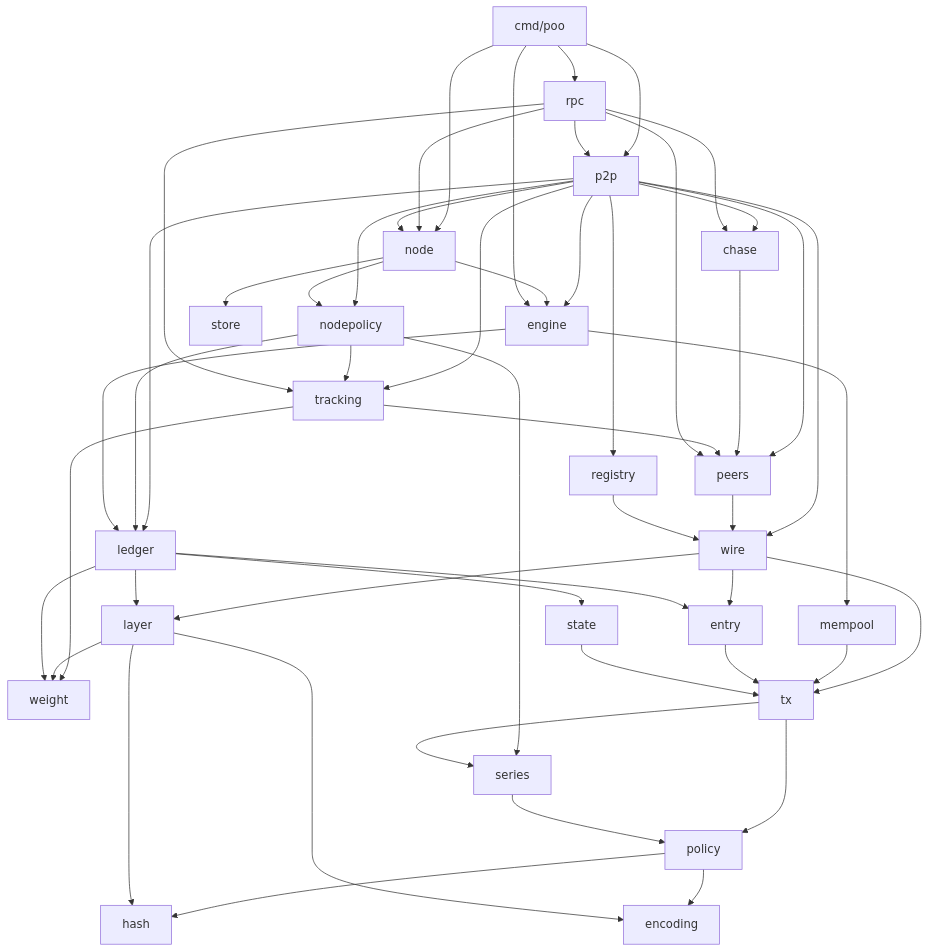
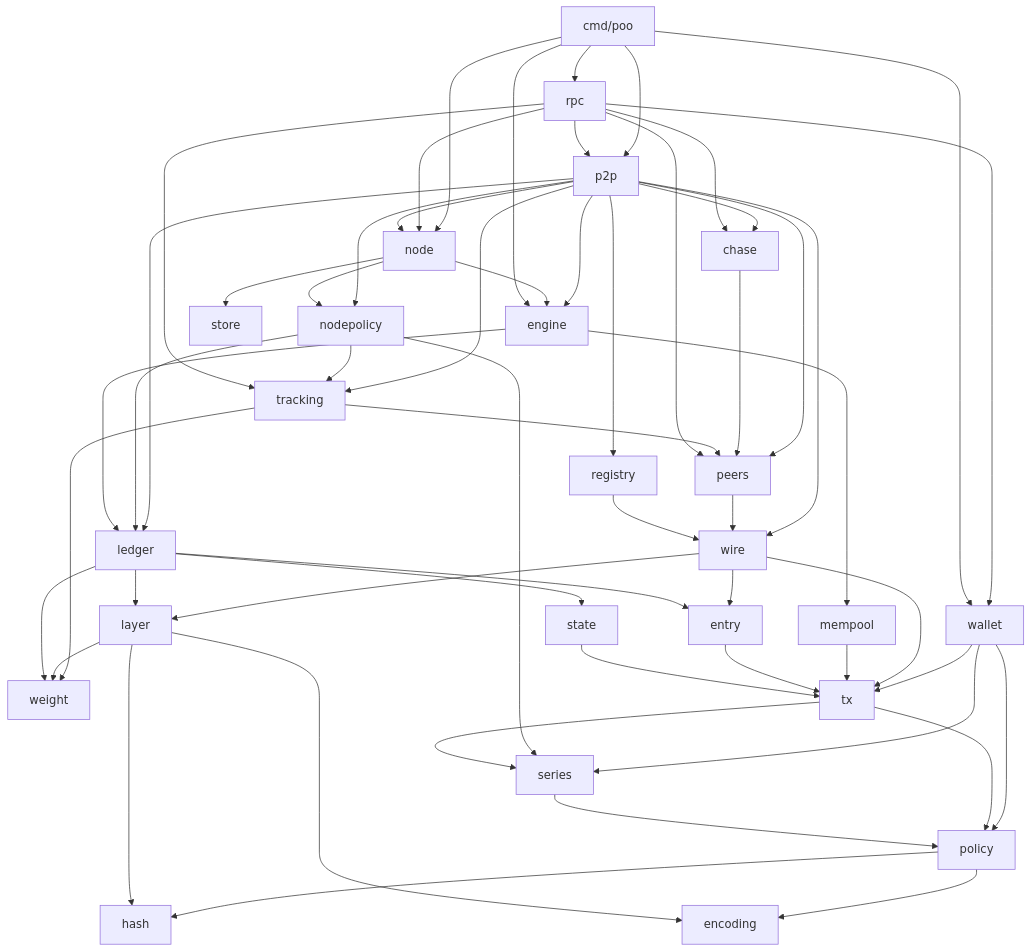
The first of 2 diagrams in docs/architecture.md (JogginTheNoggin/crypto-mint-net), drawn with Mermaid before and after one commit. The commit also changed other lines of this file and 13 other files, not shown here.

````diff
--- a/docs/architecture.md
+++ b/docs/architecture.md
@@ -25,52 +27,57 @@
 ```mermaid
 graph TD
   cmd[cmd/poo] --> rpc
   cmd --> node
   cmd --> p2p
   rpc --> node
   rpc --> p2p
   p2p --> node
   p2p --> wire
   p2p --> engine
   p2p --> ledger
   p2p --> nodepolicy
   p2p --> peers
   p2p --> registry
   p2p --> tracking
   p2p --> chase
   chase --> peers
   tracking --> peers
   tracking --> weight
   nodepolicy --> tracking
   rpc --> tracking
   rpc --> chase
   peers --> wire
   registry --> wire
   rpc --> peers
+  rpc --> wallet
+  cmd --> wallet
+  wallet --> policy
+  wallet --> tx
+  wallet --> series
   wire --> entry
   wire --> layer
   wire --> tx
   node --> engine
   node --> store
   node --> nodepolicy
   nodepolicy --> ledger
   nodepolicy --> series
   cmd --> engine
   engine --> ledger
   engine --> mempool
   ledger --> entry
   ledger --> layer
   ledger --> state
   mempool --> tx
   entry --> tx
   state --> tx
   tx --> series
   tx --> policy
   series --> policy
   layer --> weight
   ledger --> weight
   policy --> hash
   policy --> encoding
   layer --> hash
   layer --> encoding
 ```
````
